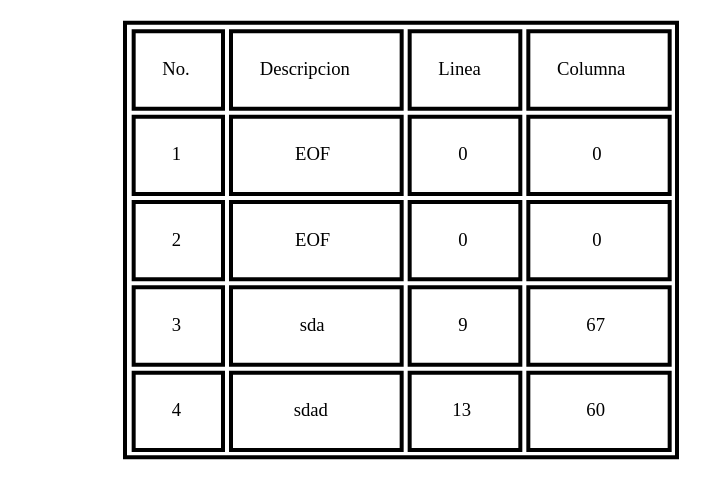
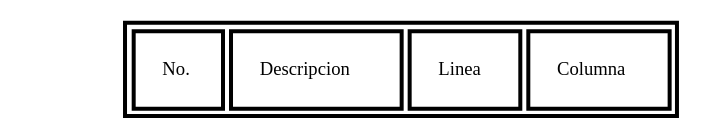
Before and after one commit to kevinmp2/LFP_PROYECTO2_202103206: the diagram in sintacticos.dot, drawn with Graphviz. The commit also changed 15 other files, not shown here.

```diff
--- a/sintacticos.dot
+++ b/sintacticos.dot
@@ -1,2 +1,2 @@
 digraph G {Start[label="", shape=none]
-a0[shape=none label=<<TABLE align="center" border="3" cellspacing="3" cellpadding="20"><TR><TD><FONT FACE="bold">No.</FONT></TD><TD><FONT FACE="bold">Descripcion</FONT></TD><TD><FONT FACE="bold">Linea</FONT></TD><TD><FONT FACE="bold">Columna</FONT></TD></TR><TR><TD>1</TD><TD>EOF</TD><TD>0</TD><TD>0</TD></TR><TR><TD>2</TD><TD>EOF</TD><TD>0</TD><TD>0</TD></TR><TR><TD>3</TD><TD>sda</TD><TD>9</TD><TD>67</TD></TR><TR><TD>4</TD><TD>sdad</TD><TD>13</TD><TD>60</TD></TR></TABLE>>];}
+a0[shape=none label=<<TABLE align="center" border="3" cellspacing="3" cellpadding="20"><TR><TD><FONT FACE="bold">No.</FONT></TD><TD><FONT FACE="bold">Descripcion</FONT></TD><TD><FONT FACE="bold">Linea</FONT></TD><TD><FONT FACE="bold">Columna</FONT></TD></TR></TABLE>>];}
```
